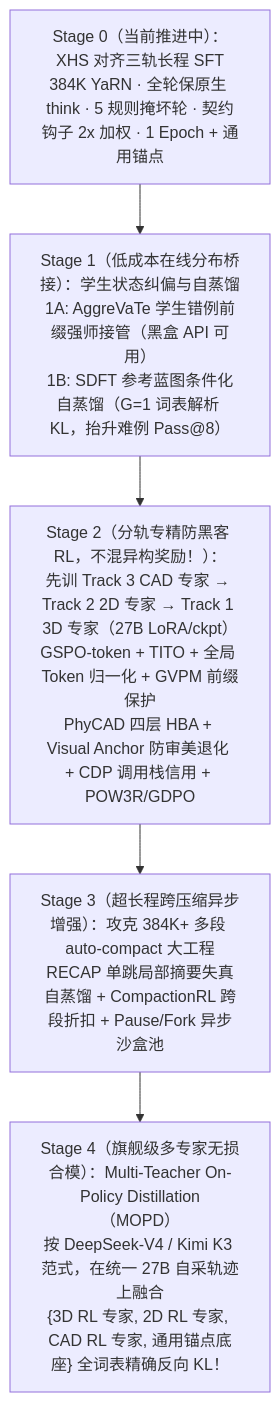
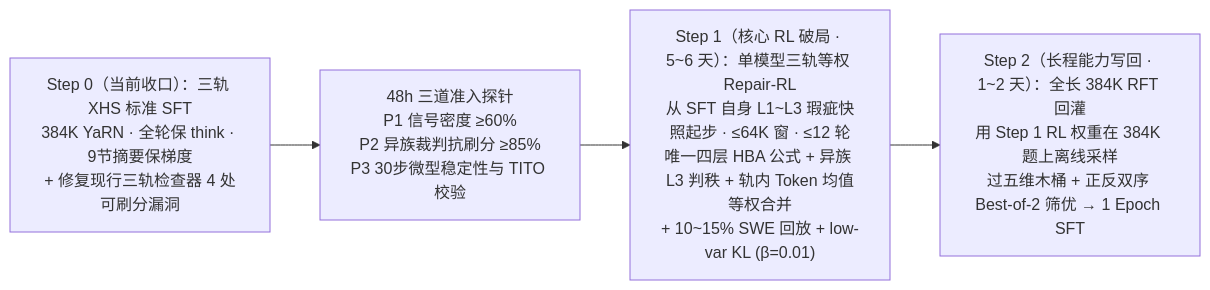
One commit to ZhuojuLi/3d-animation-research-notes changed the diagram in research/3d-agent-post-sft-rl-survey-20261127/README.md. Above: the diagram before and after it, drawn with Mermaid. The commit also changed other lines of this file and 7 other files, not shown here.

Commit message:
Consolidate post-SFT Repair-RL & 384K RFT plan (v3.0 Opus-ratified) and fix LaTeX/manifest counts

````diff
--- a/research/3d-agent-post-sft-rl-survey-20261127/README.md
+++ b/research/3d-agent-post-sft-rl-survey-20261127/README.md
@@ -75,10 +79,9 @@
 ```mermaid
-flowchart TD
-    S0["Stage 0（当前推进中）：XHS 对齐三轨长程 SFT<br/>384K YaRN · 全轮保原生 think · 5 规则掩坏轮 · 契约钩子 2x 加权 · 1 Epoch + 通用锚点"]
-    S1["Stage 1（低成本在线分布桥接）：学生状态纠偏与自蒸馏<br/>1A: AggreVaTe 学生错例前缀强师接管（黑盒 API 可用）<br/>1B: SDFT 参考蓝图条件化自蒸馏（G=1 词表解析 KL，抬升难例 Pass@8）"]
-    S2["Stage 2（分轨专精防黑客 RL，不混异构奖励！）：<br/>先训 Track 3 CAD 专家 → Track 2 2D 专家 → Track 1 3D 专家（27B LoRA/ckpt）<br/>GSPO-token + TITO + 全局 Token 归一化 + GVPM 前缀保护<br/>PhyCAD 四层 HBA + Visual Anchor 防审美退化 + CDP 调用栈信用 + POW3R/GDPO"]
-    S3["Stage 3（超长程跨压缩异步增强）：攻克 384K+ 多段 auto-compact 大工程<br/>RECAP 单跳局部摘要失真自蒸馏 + CompactionRL 跨段折扣 + Pause/Fork 异步沙盒池"]
-    S4["Stage 4（旗舰级多专家无损合模）：Multi-Teacher On-Policy Distillation（MOPD）<br/>按 DeepSeek-V4 / Kimi K3 范式，在统一 27B 自采轨迹上融合<br/>{3D RL 专家, 2D RL 专家, CAD RL 专家, 通用锚点底座} 全词表精确反向 KL！"]
+flowchart LR
+    S0["Step 0（当前收口）：三轨 XHS 标准 SFT<br/>384K YaRN · 全轮保 think · 9节摘要保梯度<br/>+ 修复现行三轨检查器 4 处可刷分漏洞"]
+    P["48h 三道准入探针<br/>P1 信号密度 ≥60%<br/>P2 异族裁判抗刷分 ≥85%<br/>P3 30步微型稳定性与 TITO 校验"]
+    S1["Step 1（核心 RL 破局 · 5~6 天）：单模型三轨等权 Repair-RL<br/>从 SFT 自身 L1~L3 瑕疵快照起步 · ≤64K 窗 · ≤12 轮<br/>唯一四层 HBA 公式 + 异族 L3 判秩 + 轨内 Token 均值等权合并<br/>+ 10~15% SWE 回放 + low-var KL (β=0.01)"]
+    S2["Step 2（长程能力写回 · 1~2 天）：全长 384K RFT 回灌<br/>用 Step 1 RL 权重在 384K 题上离线采样<br/>过五维木桶 + 正反双序 Best-of-2 筛优 → 1 Epoch SFT"]
 
-    S0 --> S1 --> S2 --> S3 --> S4
+    S0 --> P --> S1 --> S2
 ```
````
